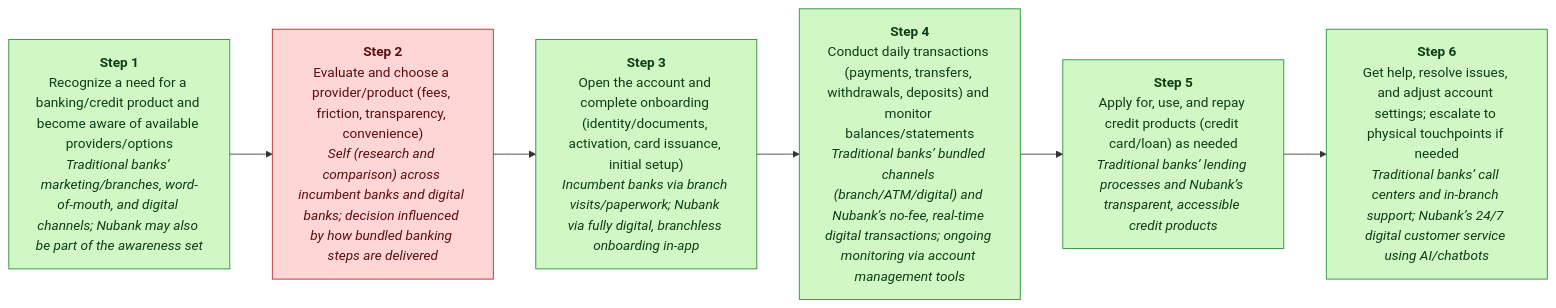
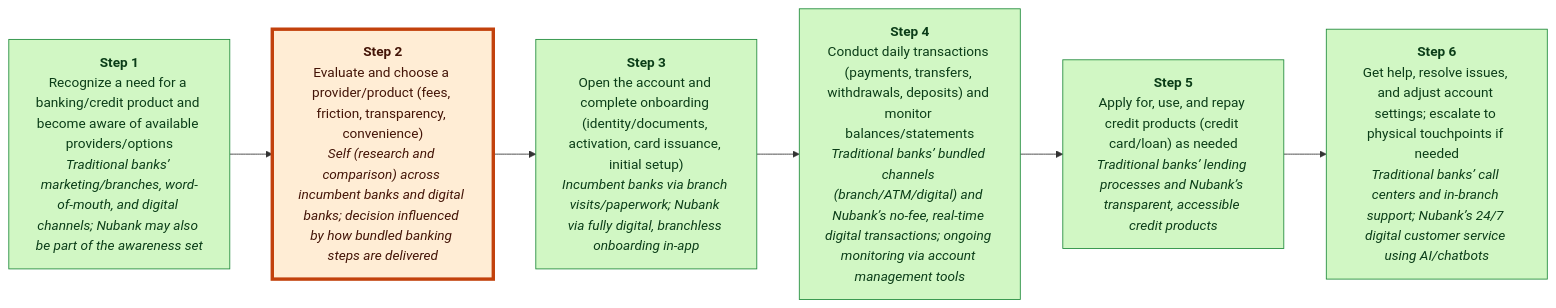
The first of 4 diagrams in cases/_archive/nubank-grounded-20260509/run/final_report.md (Austin-Li7/decoupling-analyst), drawn with Mermaid before and after one commit. The commit also changed other lines of this file and 25 other files, not shown here.

````diff
--- a/cases/_archive/nubank-grounded-20260509/run/final_report.md
+++ b/cases/_archive/nubank-grounded-20260509/run/final_report.md
@@ -59,20 +15,21 @@
 ```mermaid
 flowchart LR
     A1["<b>Step 1</b><br/>Recognize a need for a banking/credit product and become aware of available providers/options<br/><i>Traditional banks’ marketing/branches, word-of-mouth, and digital channels; Nubank may also be part of the awareness set</i>"]
     A2["<b>Step 2</b><br/>Evaluate and choose a provider/product (fees, friction, transparency, convenience)<br/><i>Self (research and comparison) across incumbent banks and digital banks; decision influenced by how bundled banking steps are delivered</i>"]
     A3["<b>Step 3</b><br/>Open the account and complete onboarding (identity/documents, activation, card issuance, initial setup)<br/><i>Incumbent banks via branch visits/paperwork; Nubank via fully digital, branchless onboarding in-app</i>"]
     A4["<b>Step 4</b><br/>Conduct daily transactions (payments, transfers, withdrawals, deposits) and monitor balances/statements<br/><i>Traditional banks’ bundled channels (branch/ATM/digital) and Nubank’s no-fee, real-time digital transactions; ongoing monitoring via account management tools</i>"]
     A5["<b>Step 5</b><br/>Apply for, use, and repay credit products (credit card/loan) as needed<br/><i>Traditional banks’ lending processes and Nubank’s transparent, accessible credit products</i>"]
     A6["<b>Step 6</b><br/>Get help, resolve issues, and adjust account settings; escalate to physical touchpoints if needed<br/><i>Traditional banks’ call centers and in-branch support; Nubank’s 24/7 digital customer service using AI/chatbots</i>"]
     A1 --> A2
     A2 --> A3
     A3 --> A4
     A4 --> A5
     A5 --> A6
     style A1 fill:#d1f7c4,stroke:#1f8a3a,color:#0b3d18
     style A2 fill:#ffd6d6,stroke:#b22222,color:#5a0d0d
+    style A2 fill:#ffedd5,stroke:#c2410c,stroke-width:4px,color:#431407
     style A3 fill:#d1f7c4,stroke:#1f8a3a,color:#0b3d18
     style A4 fill:#d1f7c4,stroke:#1f8a3a,color:#0b3d18
     style A5 fill:#d1f7c4,stroke:#1f8a3a,color:#0b3d18
     style A6 fill:#d1f7c4,stroke:#1f8a3a,color:#0b3d18
 ```
````
